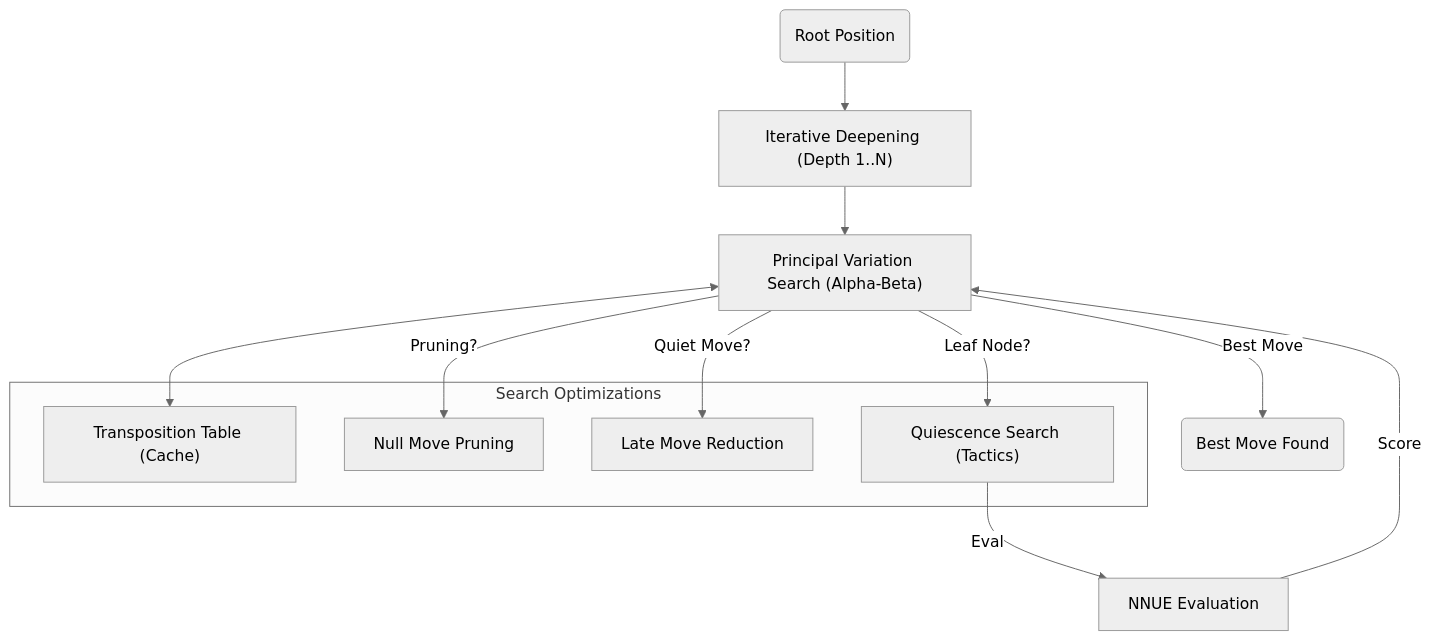
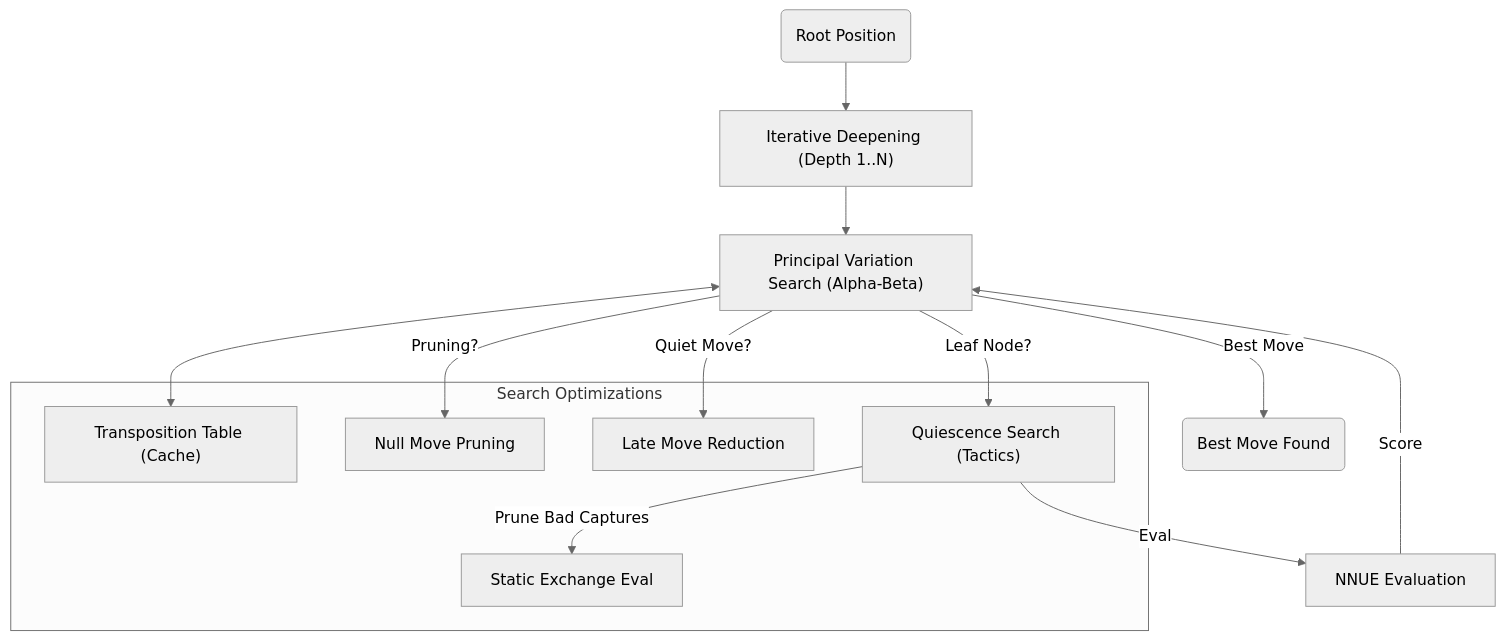
The third of 3 diagrams in engines/README.md (l145dev/chess-ai), drawn with Mermaid (neutral theme) before and after one commit. The commit also changed other lines of this file, not shown here.

Commit message:
doc: update readme with SEE addition as feature

````diff
--- a/engines/README.md
+++ b/engines/README.md
@@ -122,22 +125,24 @@
 ```mermaid
 graph TD
     START("Root Position") --> ID["Iterative Deepening (Depth 1..N)"]
     ID --> PVS["Principal Variation Search (Alpha-Beta)"]
-    
+
     subgraph "Search Optimizations"
         TT["Transposition Table (Cache)"]
         NMP["Null Move Pruning"]
         LMR["Late Move Reduction"]
+        SEE["Static Exchange Eval"]
         Q["Quiescence Search (Tactics)"]
     end
-    
+
     PVS <--> TT
     PVS -->|Pruning?| NMP
     PVS -->|Quiet Move?| LMR
     PVS -->|Leaf Node?| Q
-    
+    Q -->|Prune Bad Captures| SEE
+
     Q -->|Eval| NNUE["NNUE Evaluation"]
-    
+
     NNUE -->|Score| PVS
     PVS -->|Best Move| RESULT("Best Move Found")
 ```
````
